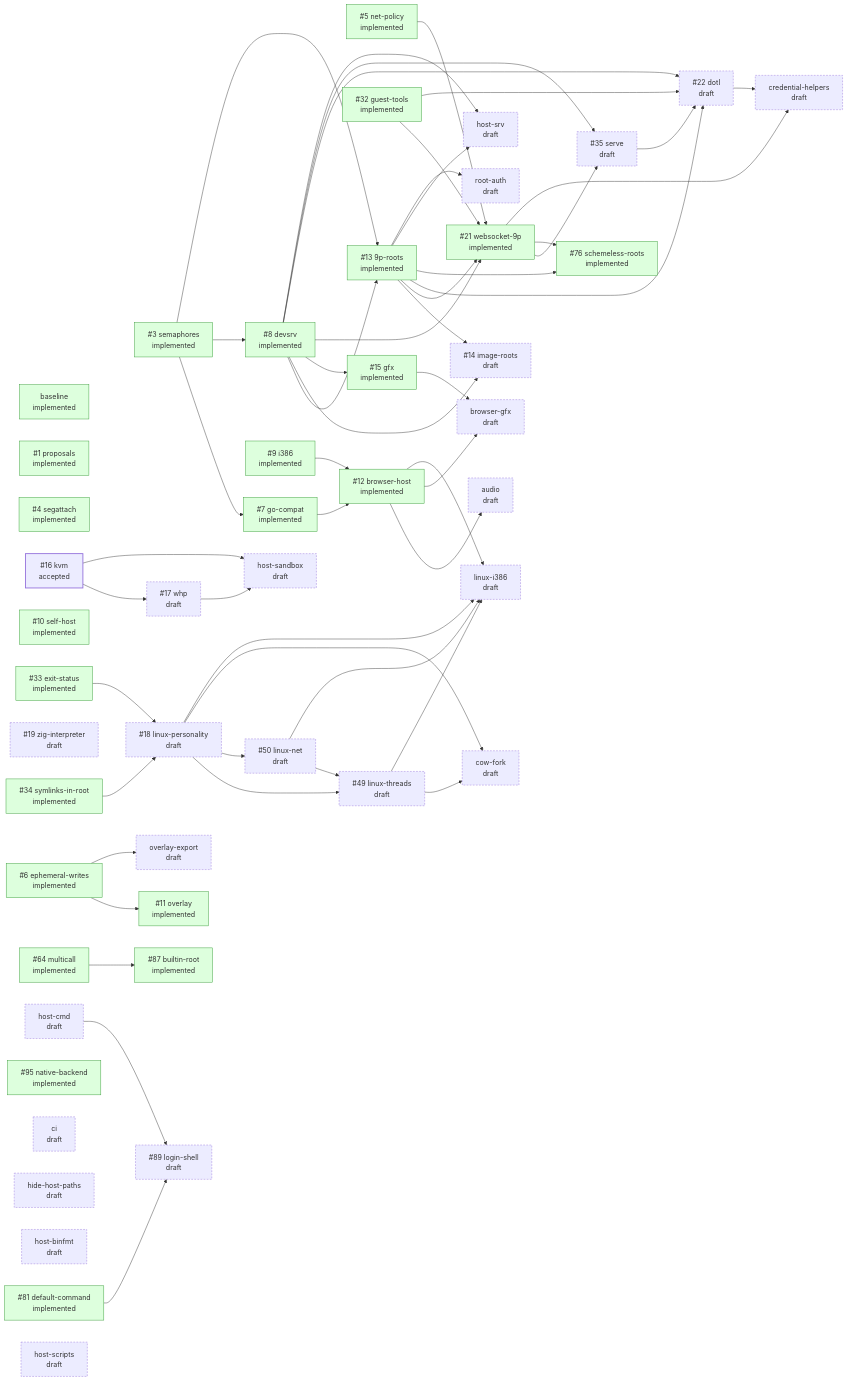
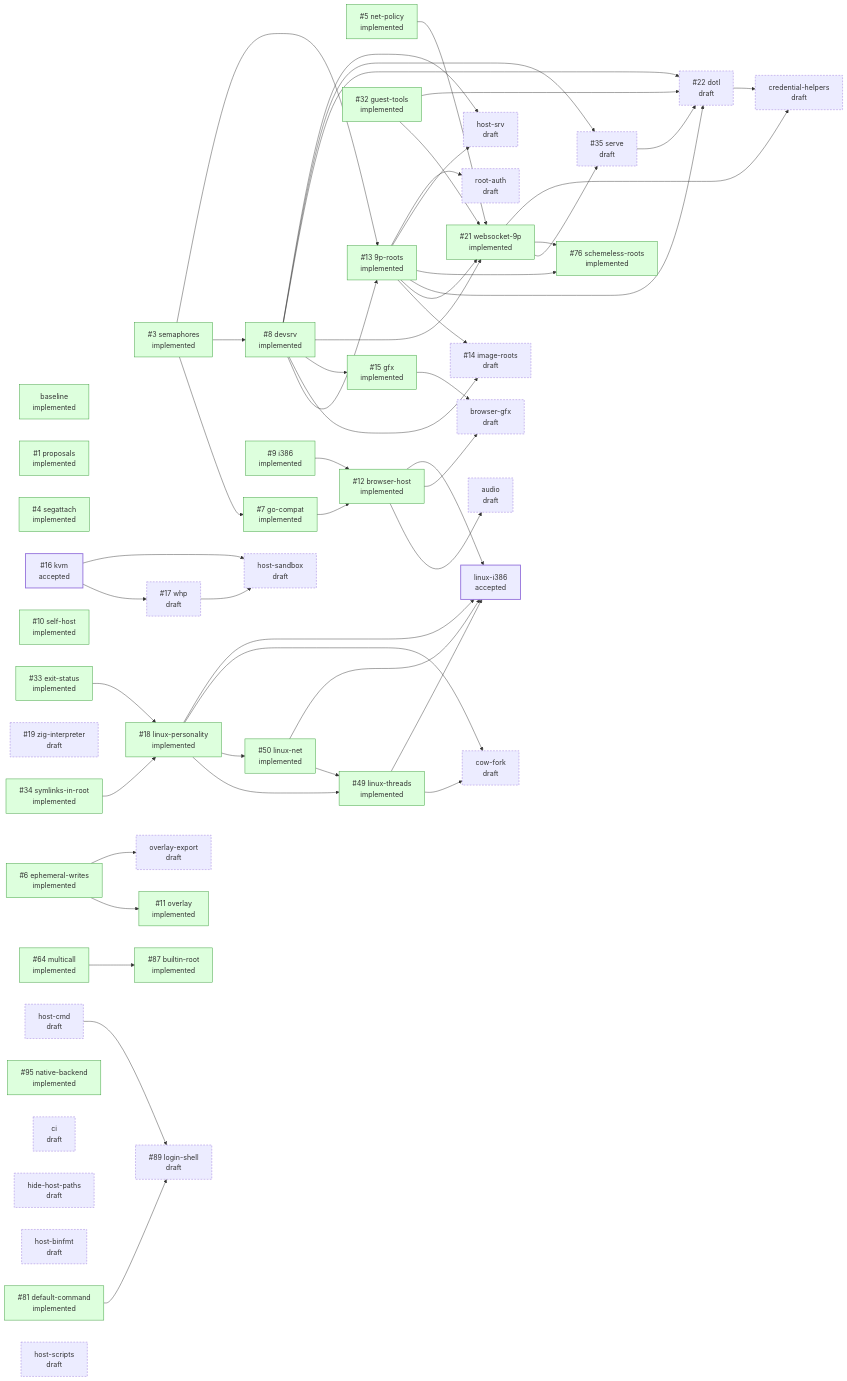
Before and after one commit to progrium/hyper9: the diagram in design/STATUS.md, drawn with Mermaid. The commit also changed other lines of this file, not shown here.

```diff
--- a/design/STATUS.md
+++ b/design/STATUS.md
@@ -77,7 +77,7 @@
   p_gfx["#35;15 gfx<br/>implemented"]:::implemented
   p_kvm["#35;16 kvm<br/>accepted"]:::accepted
   p_whp["#35;17 whp<br/>draft"]:::draft
-  p_linux_personality["#35;18 linux-personality<br/>draft"]:::draft
+  p_linux_personality["#35;18 linux-personality<br/>implemented"]:::implemented
   p_zig_interpreter["#35;19 zig-interpreter<br/>draft"]:::draft
   p_websocket_9p["#35;21 websocket-9p<br/>implemented"]:::implemented
   p_dotl["#35;22 dotl<br/>draft"]:::draft
@@ -85,8 +85,8 @@
   p_exit_status["#35;33 exit-status<br/>implemented"]:::implemented
   p_symlinks_in_root["#35;34 symlinks-in-root<br/>implemented"]:::implemented
   p_serve["#35;35 serve<br/>draft"]:::draft
-  p_linux_threads["#35;49 linux-threads<br/>draft"]:::draft
-  p_linux_net["#35;50 linux-net<br/>draft"]:::draft
+  p_linux_threads["#35;49 linux-threads<br/>implemented"]:::implemented
+  p_linux_net["#35;50 linux-net<br/>implemented"]:::implemented
   p_multicall["#35;64 multicall<br/>implemented"]:::implemented
   p_schemeless_roots["#35;76 schemeless-roots<br/>implemented"]:::implemented
   p_default_command["#35;81 default-command<br/>implemented"]:::implemented
@@ -104,7 +104,7 @@
   p_host_sandbox["host-sandbox<br/>draft"]:::draft
   p_host_scripts["host-scripts<br/>draft"]:::draft
   p_host_srv["host-srv<br/>draft"]:::draft
-  p_linux_i386["linux-i386<br/>draft"]:::draft
+  p_linux_i386["linux-i386<br/>accepted"]:::accepted
   p_overlay_export["overlay-export<br/>draft"]:::draft
   p_root_auth["root-auth<br/>draft"]:::draft
   p_semaphores --> p_go_compat
```
